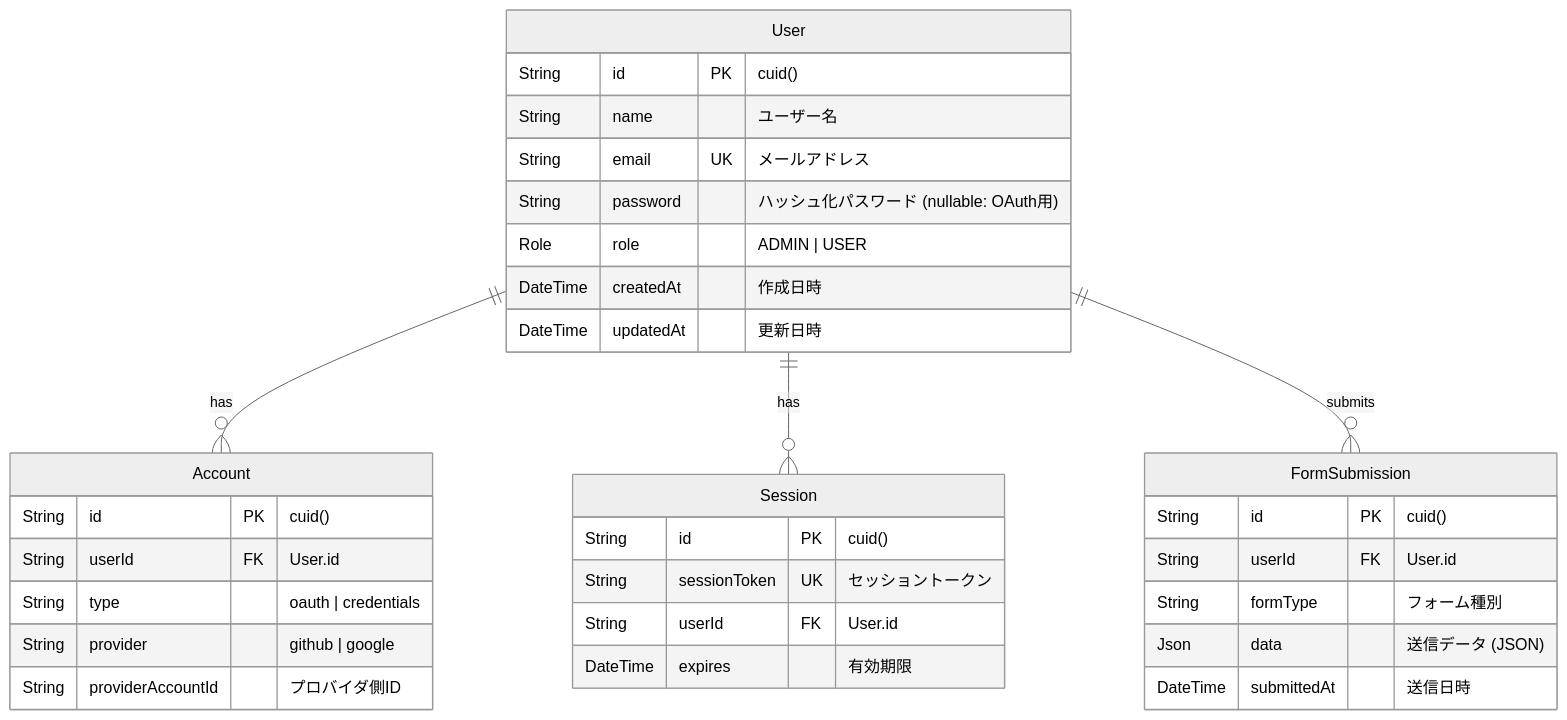
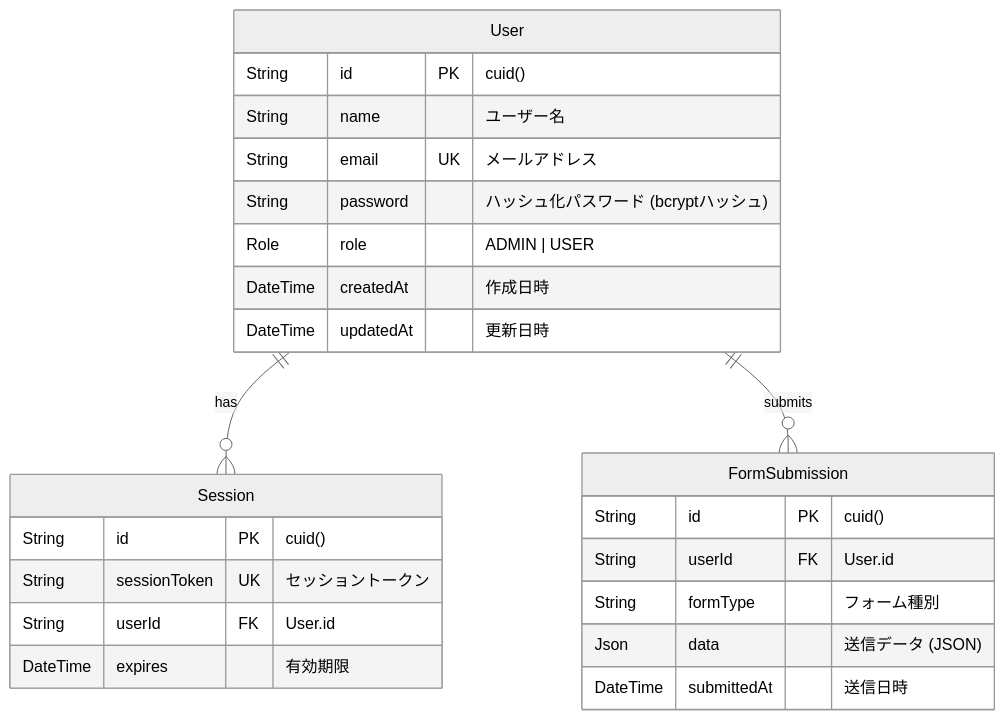
One commit to takuma-ones/ai-test changed the second of 3 diagrams in docs/basic_design/BASIC_DESIGN.md. Above: the diagram before and after it, drawn with Mermaid (neutral theme). The commit also changed other lines of this file and 2 other files, not shown here.

Commit message:
docs: add design, specification, and basic design documentation files

````diff
--- a/docs/basic_design/BASIC_DESIGN.md
+++ b/docs/basic_design/BASIC_DESIGN.md
@@ -61,39 +61,31 @@
 ```mermaid
 erDiagram
     User {
         String id PK "cuid()"
         String name "ユーザー名"
         String email UK "メールアドレス"
-        String password "ハッシュ化パスワード (nullable: OAuth用)"
+        String password "ハッシュ化パスワード (bcryptハッシュ)"
         Role role "ADMIN | USER"
         DateTime createdAt "作成日時"
         DateTime updatedAt "更新日時"
     }
 
-    Account {
-        String id PK "cuid()"
-        String userId FK "User.id"
-        String type "oauth | credentials"
-        String provider "github | google"
-        String providerAccountId "プロバイダ側ID"
-    }
 
     Session {
         String id PK "cuid()"
         String sessionToken UK "セッショントークン"
         String userId FK "User.id"
         DateTime expires "有効期限"
     }
 
     FormSubmission {
         String id PK "cuid()"
         String userId FK "User.id"
         String formType "フォーム種別"
         Json data "送信データ (JSON)"
         DateTime submittedAt "送信日時"
     }
 
-    User ||--o{ Account : "has"
     User ||--o{ Session : "has"
     User ||--o{ FormSubmission : "submits"
 ```
````
